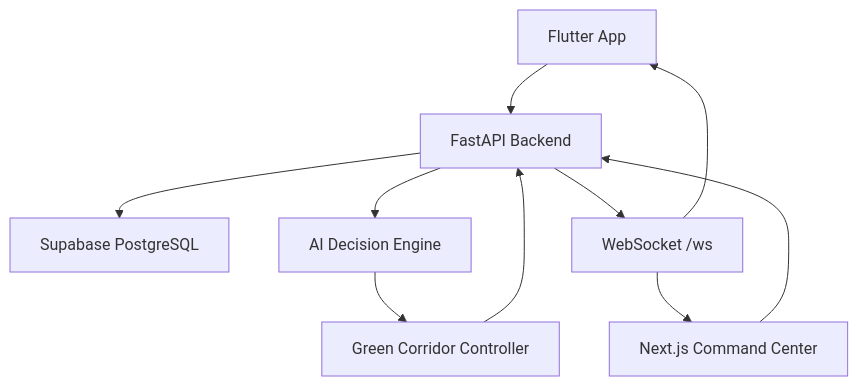
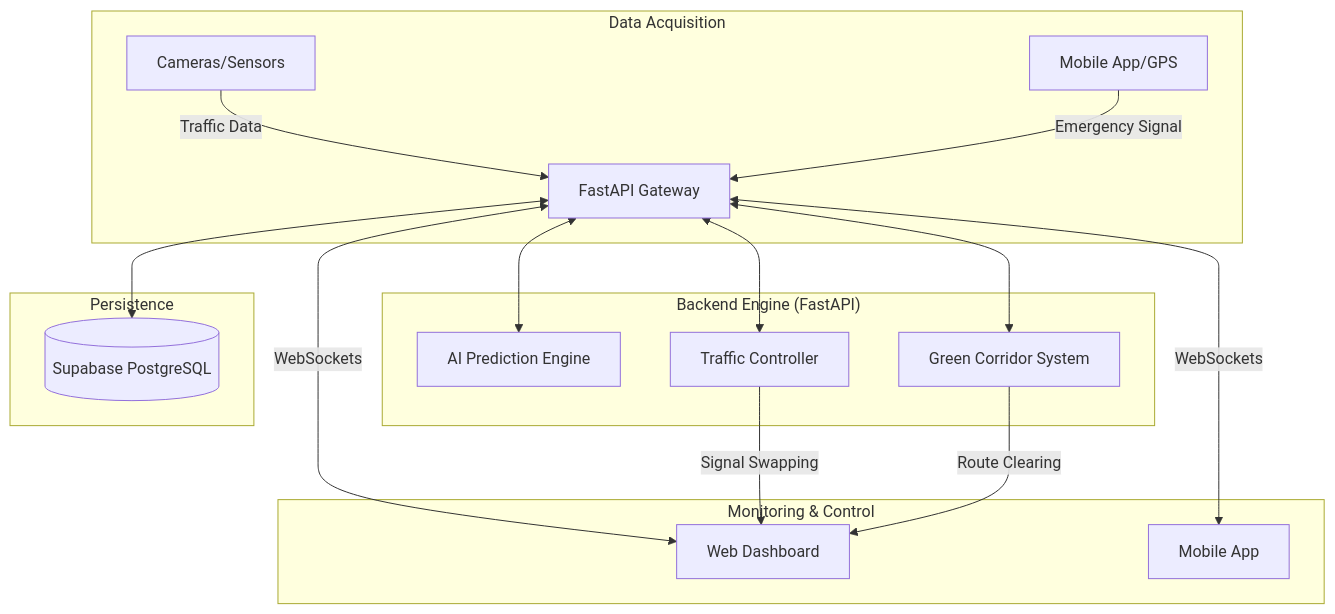
Before and after one commit to arpitkumar28/Smart-Traffic-Management-System-with-Green-Corridor: the diagram in docs/ARCHITECTURE.md, drawn with Mermaid. The commit also changed other lines of this file and 6 other files, not shown here.

````diff
--- a/docs/ARCHITECTURE.md
+++ b/docs/ARCHITECTURE.md
@@ -3,12 +7,34 @@
 ```mermaid
 flowchart TD
-  A["Flutter App"] --> B["FastAPI Backend"]
-  C["Next.js Command Center"] --> B
-  B --> D["Supabase PostgreSQL"]
-  B --> E["AI Decision Engine"]
-  E --> F["Green Corridor Controller"]
-  F --> B
-  B --> G["WebSocket /ws"]
-  G --> A
-  G --> C
+    subgraph "Data Acquisition"
+        A[Cameras/Sensors] -->|Traffic Data| B
+        M[Mobile App/GPS] -->|Emergency Signal| B
+    end
+
+    subgraph "Backend Engine (FastAPI)"
+        B[FastAPI Gateway]
+        C[AI Prediction Engine]
+        D[Traffic Controller]
+        E[Green Corridor System]
+        
+        B <--> C
+        B <--> D
+        B <--> E
+    end
+
+    subgraph "Persistence"
+        F[(Supabase PostgreSQL)]
+        B <--> F
+    end
+
+    subgraph "Monitoring & Control"
+        G[Web Dashboard]
+        H[Mobile App]
+        
+        B <-->|WebSockets| G
+        B <-->|WebSockets| H
+    end
+
+    D -->|Signal Swapping| G
+    E -->|Route Clearing| G
 ```
````
